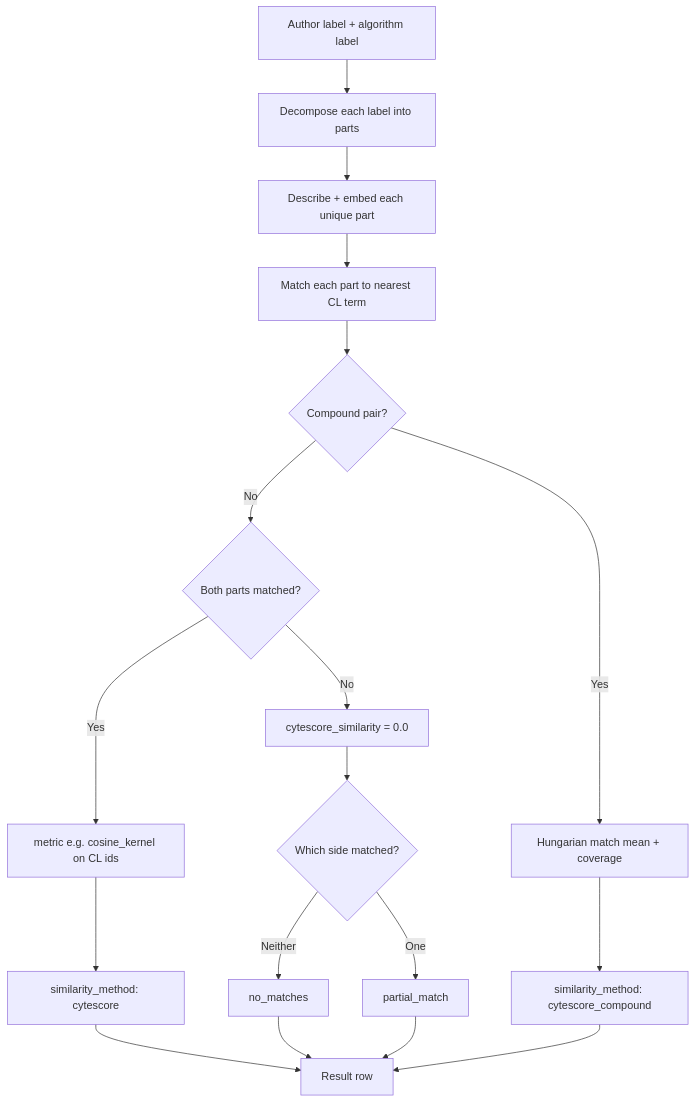
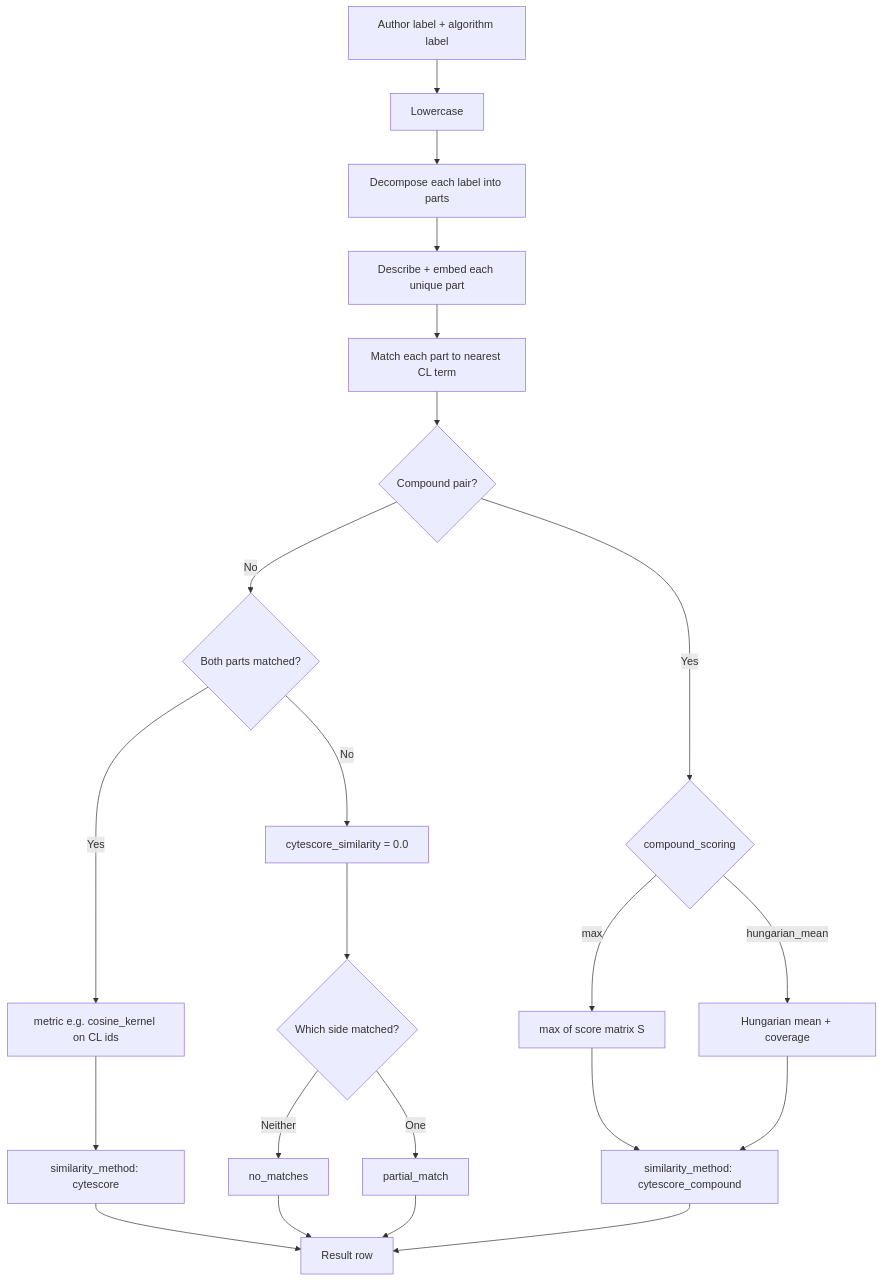
The second of 2 diagrams in docs/WORKFLOW.md (NygenAnalytics/CyteOnto), drawn with Mermaid before and after one commit. The commit also changed other lines of this file and 5 other files, not shown here.

````diff
--- a/docs/WORKFLOW.md
+++ b/docs/WORKFLOW.md
@@ -123,23 +132,27 @@
 ```mermaid
 flowchart TD
-    A["Author label + algorithm label"] --> B["Decompose each label into parts"]
+    A["Author label + algorithm label"] --> L["Lowercase"]
+    L --> B["Decompose each label into parts"]
     B --> C["Describe + embed each unique part"]
     C --> D["Match each part to nearest CL term"]
 
     D --> E{"Compound pair?"}
     E -->|No| F{"Both parts matched?"}
     F -->|Yes| G["metric e.g. cosine_kernel on CL ids"]
     F -->|No| H["cytescore_similarity = 0.0"]
     G --> I["similarity_method: cytescore"]
     H --> J{"Which side matched?"}
     J -->|Neither| K["no_matches"]
-    J -->|One| L["partial_match"]
+    J -->|One| Lpm["partial_match"]
 
-    E -->|Yes| M["Hungarian match mean + coverage"]
-    M --> N["similarity_method: cytescore_compound"]
+    E -->|Yes| M{"compound_scoring"}
+    M -->|max| Nmax["max of score matrix S"]
+    M -->|hungarian_mean| Nhm["Hungarian mean + coverage"]
+    Nmax --> N["similarity_method: cytescore_compound"]
+    Nhm --> N
 
     I --> O["Result row"]
     K --> O
-    L --> O
+    Lpm --> O
     N --> O
 ```
````
